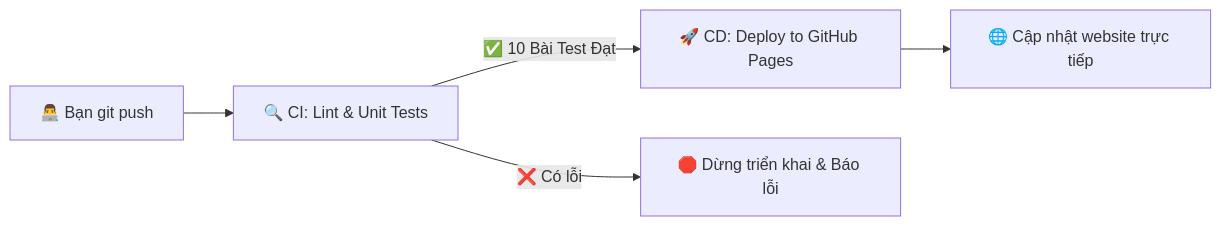
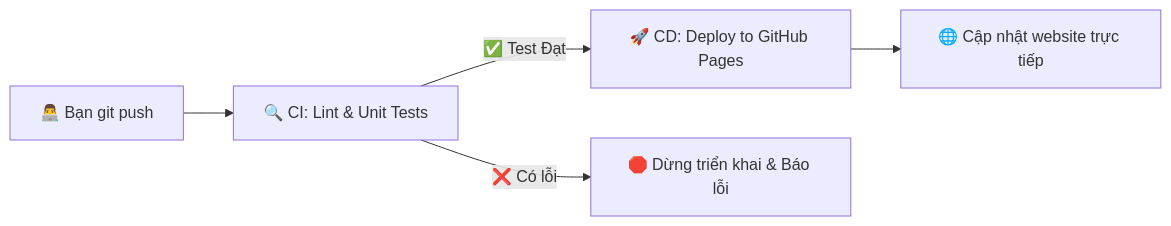
The diagram in README.md (Hoang-PM-7604119/antentest), drawn with Mermaid before and after one commit. The commit also changed other lines of this file and 8 other files, not shown here.

````diff
--- a/README.md
+++ b/README.md
@@ -17,7 +17,7 @@
 ```mermaid
 flowchart LR
     A[👨‍💻 Bạn git push] --> B[🔍 CI: Lint & Unit Tests]
-    B -->|✅ 10 Bài Test Đạt| C[🚀 CD: Deploy to GitHub Pages]
+    B -->|✅ Test Đạt| C[🚀 CD: Deploy to GitHub Pages]
     B -->|❌ Có lỗi| D[🛑 Dừng triển khai & Báo lỗi]
     C --> E[🌐 Cập nhật website trực tiếp]
 ```
````
